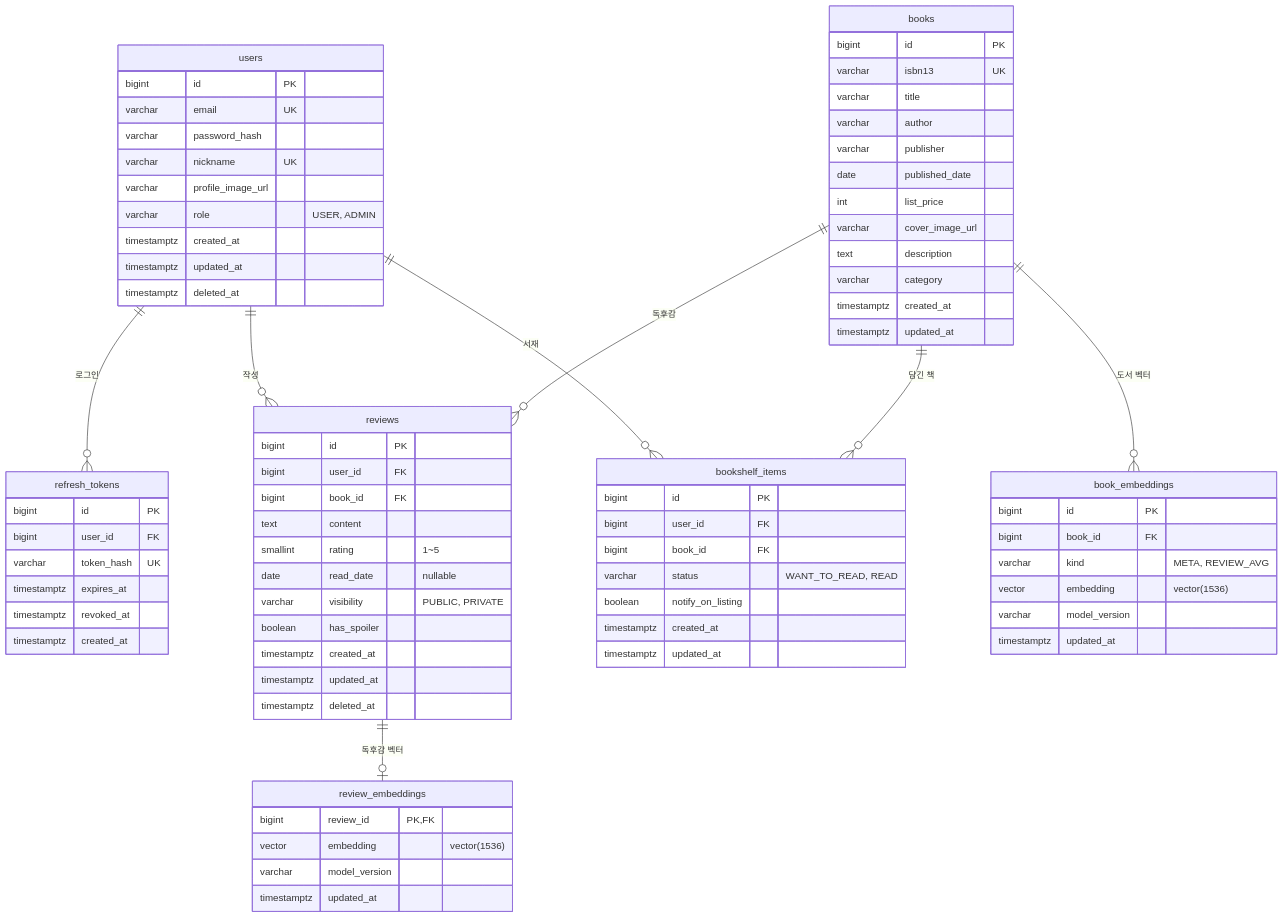
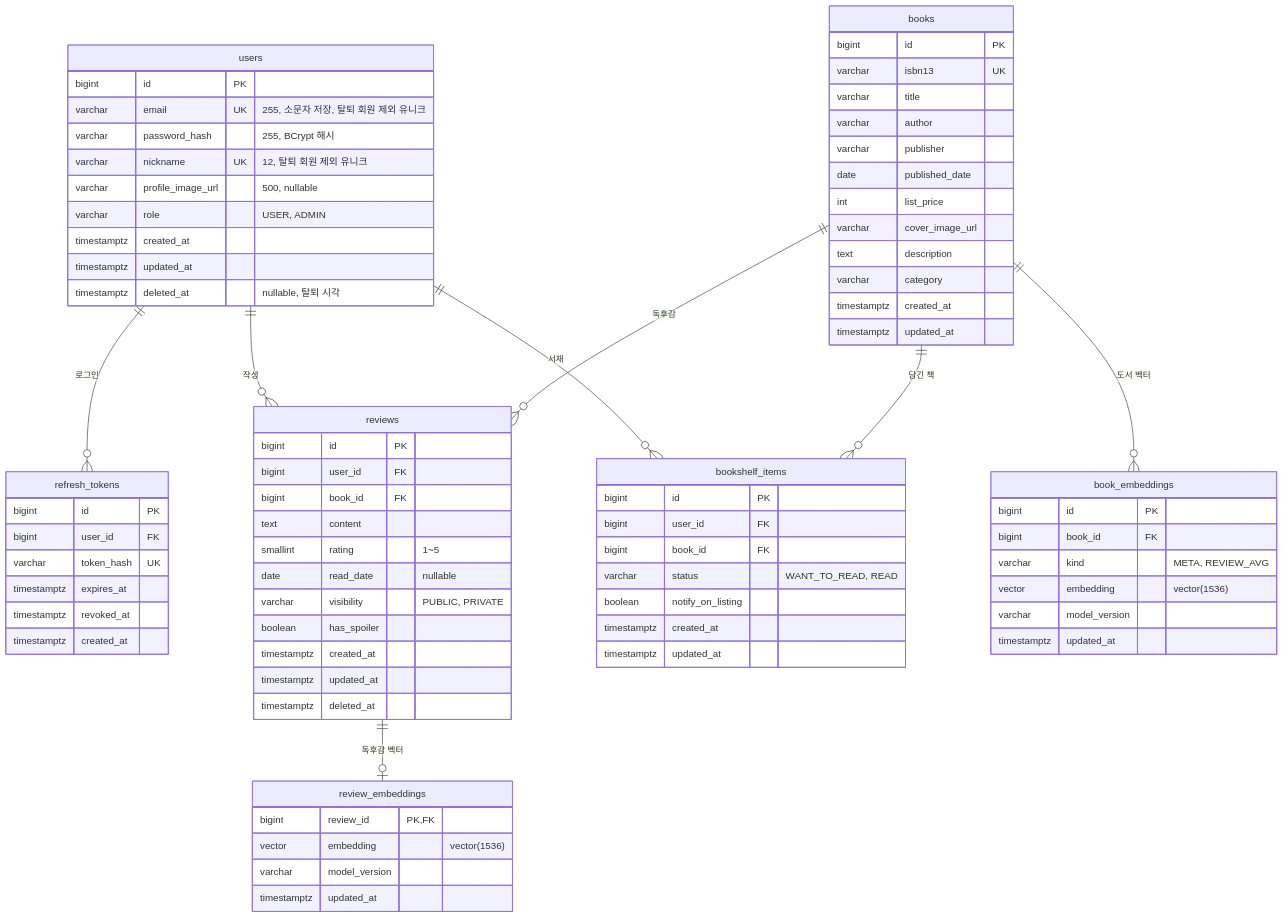
One commit to Obebe-creator/DooDok-demo changed the first of 2 diagrams in docs/04-erd.md. Above: the diagram before and after it, drawn with Mermaid. The commit also changed other lines of this file and 22 other files, not shown here.

```diff
--- a/docs/04-erd.md
+++ b/docs/04-erd.md
@@ -34,14 +34,14 @@
 
     users {
         bigint id PK
-        varchar email UK
-        varchar password_hash
-        varchar nickname UK
-        varchar profile_image_url
+        varchar email UK "255, 소문자 저장, 탈퇴 회원 제외 유니크"
+        varchar password_hash "255, BCrypt 해시"
+        varchar nickname UK "12, 탈퇴 회원 제외 유니크"
+        varchar profile_image_url "500, nullable"
         varchar role "USER, ADMIN"
         timestamptz created_at
         timestamptz updated_at
-        timestamptz deleted_at
+        timestamptz deleted_at "nullable, 탈퇴 시각"
     }
 
     refresh_tokens {
```
